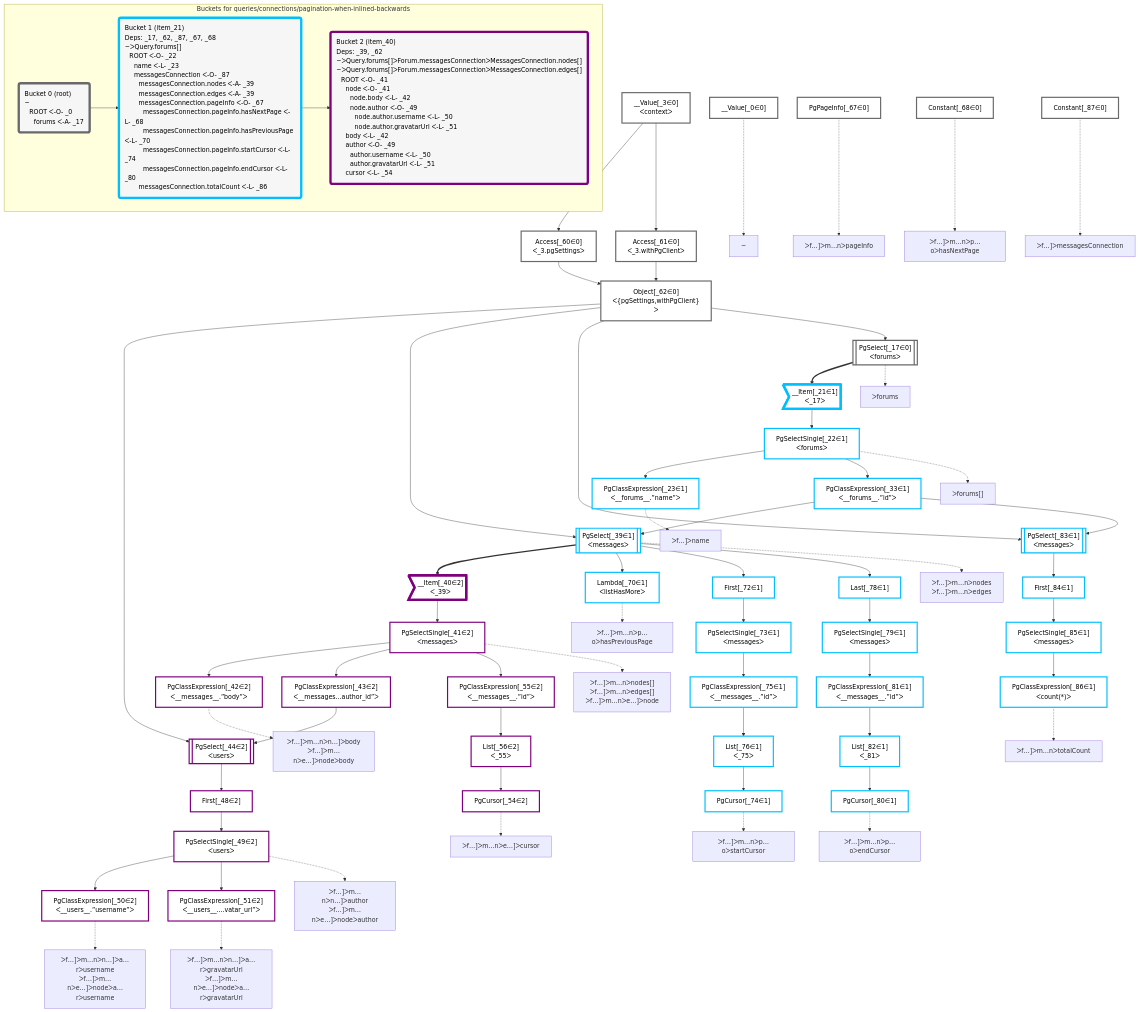
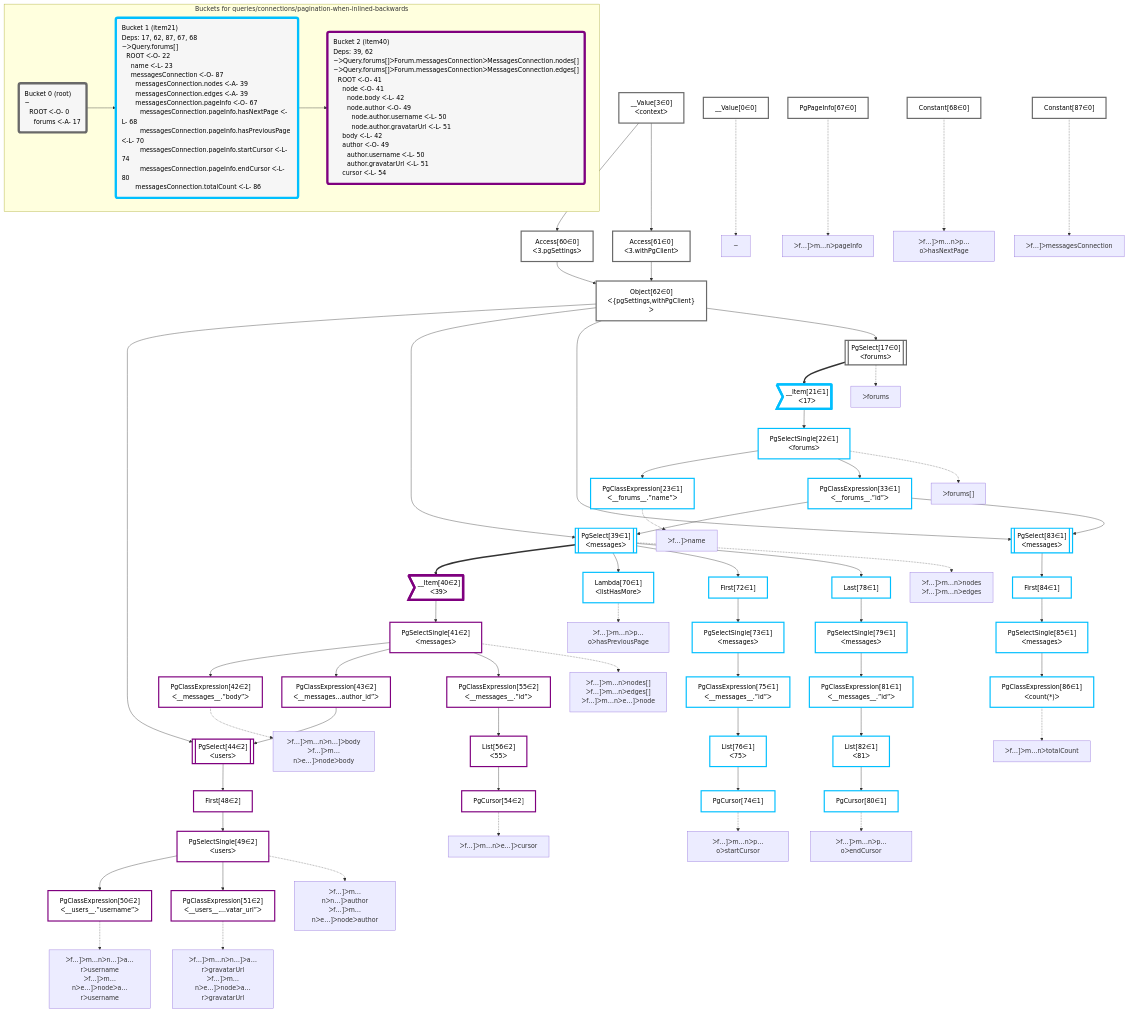
One commit to graphile/crystal changed the diagram in packages/dataplan-pg/__tests__/queries/connections/pagination-when-inlined-backwards.deopt.mermaid.md. Above: the diagram before and after it, drawn with Mermaid. The commit also changed 195 other files, not shown here.

```diff
--- a/packages/dataplan-pg/__tests__/queries/connections/pagination-when-inlined-backwards.deopt.mermaid.md
+++ b/packages/dataplan-pg/__tests__/queries/connections/pagination-when-inlined-backwards.deopt.mermaid.md
@@ -8,134 +8,134 @@
 
 
     %% define plans
-    __Value_0["__Value[_0∈0]"]:::plan
-    PgClassExpression_23["PgClassExpression[_23∈1]<br />ᐸ__forums__.”name”ᐳ"]:::plan
-    PgClassExpression_42["PgClassExpression[_42∈2]<br />ᐸ__messages__.”body”ᐳ"]:::plan
-    PgClassExpression_50["PgClassExpression[_50∈2]<br />ᐸ__users__.”username”ᐳ"]:::plan
-    PgClassExpression_51["PgClassExpression[_51∈2]<br />ᐸ__users__....vatar_url”ᐳ"]:::plan
-    PgSelectSingle_49["PgSelectSingle[_49∈2]<br />ᐸusersᐳ"]:::plan
-    First_48["First[_48∈2]"]:::plan
-    PgSelect_44[["PgSelect[_44∈2]<br />ᐸusersᐳ"]]:::plan
-    PgClassExpression_43["PgClassExpression[_43∈2]<br />ᐸ__messages...author_id”ᐳ"]:::plan
-    PgCursor_54["PgCursor[_54∈2]"]:::plan
-    List_56["List[_56∈2]<br />ᐸ_55ᐳ"]:::plan
-    PgClassExpression_55["PgClassExpression[_55∈2]<br />ᐸ__messages__.”id”ᐳ"]:::plan
-    PgSelectSingle_41["PgSelectSingle[_41∈2]<br />ᐸmessagesᐳ"]:::plan
-    __Item_40>"__Item[_40∈2]<br />ᐸ_39ᐳ"]:::itemplan
-    Lambda_70["Lambda[_70∈1]<br />ᐸlistHasMoreᐳ"]:::plan
-    PgCursor_74["PgCursor[_74∈1]"]:::plan
-    List_76["List[_76∈1]<br />ᐸ_75ᐳ"]:::plan
-    PgClassExpression_75["PgClassExpression[_75∈1]<br />ᐸ__messages__.”id”ᐳ"]:::plan
-    PgSelectSingle_73["PgSelectSingle[_73∈1]<br />ᐸmessagesᐳ"]:::plan
-    First_72["First[_72∈1]"]:::plan
-    PgCursor_80["PgCursor[_80∈1]"]:::plan
-    List_82["List[_82∈1]<br />ᐸ_81ᐳ"]:::plan
-    PgClassExpression_81["PgClassExpression[_81∈1]<br />ᐸ__messages__.”id”ᐳ"]:::plan
-    PgSelectSingle_79["PgSelectSingle[_79∈1]<br />ᐸmessagesᐳ"]:::plan
-    Last_78["Last[_78∈1]"]:::plan
-    PgSelect_39[["PgSelect[_39∈1]<br />ᐸmessagesᐳ"]]:::plan
-    PgClassExpression_86["PgClassExpression[_86∈1]<br />ᐸcount(*)ᐳ"]:::plan
-    PgSelectSingle_85["PgSelectSingle[_85∈1]<br />ᐸmessagesᐳ"]:::plan
-    First_84["First[_84∈1]"]:::plan
-    PgSelect_83[["PgSelect[_83∈1]<br />ᐸmessagesᐳ"]]:::plan
-    PgClassExpression_33["PgClassExpression[_33∈1]<br />ᐸ__forums__.”id”ᐳ"]:::plan
-    PgSelectSingle_22["PgSelectSingle[_22∈1]<br />ᐸforumsᐳ"]:::plan
-    __Item_21>"__Item[_21∈1]<br />ᐸ_17ᐳ"]:::itemplan
-    PgSelect_17[["PgSelect[_17∈0]<br />ᐸforumsᐳ"]]:::plan
-    Object_62["Object[_62∈0]<br />ᐸ{pgSettings,withPgClient}ᐳ"]:::plan
-    Access_60["Access[_60∈0]<br />ᐸ_3.pgSettingsᐳ"]:::plan
-    Access_61["Access[_61∈0]<br />ᐸ_3.withPgClientᐳ"]:::plan
-    __Value_3["__Value[_3∈0]<br />ᐸcontextᐳ"]:::plan
-    Constant_87["Constant[_87∈0]"]:::plan
-    PgPageInfo_67["PgPageInfo[_67∈0]"]:::plan
-    Constant_68["Constant[_68∈0]"]:::plan
+    __Value0["__Value[0∈0]"]:::plan
+    PgClassExpression23["PgClassExpression[23∈1]<br />ᐸ__forums__.”name”ᐳ"]:::plan
+    PgClassExpression42["PgClassExpression[42∈2]<br />ᐸ__messages__.”body”ᐳ"]:::plan
+    PgClassExpression50["PgClassExpression[50∈2]<br />ᐸ__users__.”username”ᐳ"]:::plan
+    PgClassExpression51["PgClassExpression[51∈2]<br />ᐸ__users__....vatar_url”ᐳ"]:::plan
+    PgSelectSingle49["PgSelectSingle[49∈2]<br />ᐸusersᐳ"]:::plan
+    First48["First[48∈2]"]:::plan
+    PgSelect44[["PgSelect[44∈2]<br />ᐸusersᐳ"]]:::plan
+    PgClassExpression43["PgClassExpression[43∈2]<br />ᐸ__messages...author_id”ᐳ"]:::plan
+    PgCursor54["PgCursor[54∈2]"]:::plan
+    List56["List[56∈2]<br />ᐸ55ᐳ"]:::plan
+    PgClassExpression55["PgClassExpression[55∈2]<br />ᐸ__messages__.”id”ᐳ"]:::plan
+    PgSelectSingle41["PgSelectSingle[41∈2]<br />ᐸmessagesᐳ"]:::plan
+    __Item40>"__Item[40∈2]<br />ᐸ39ᐳ"]:::itemplan
+    Lambda70["Lambda[70∈1]<br />ᐸlistHasMoreᐳ"]:::plan
+    PgCursor74["PgCursor[74∈1]"]:::plan
+    List76["List[76∈1]<br />ᐸ75ᐳ"]:::plan
+    PgClassExpression75["PgClassExpression[75∈1]<br />ᐸ__messages__.”id”ᐳ"]:::plan
+    PgSelectSingle73["PgSelectSingle[73∈1]<br />ᐸmessagesᐳ"]:::plan
+    First72["First[72∈1]"]:::plan
+    PgCursor80["PgCursor[80∈1]"]:::plan
+    List82["List[82∈1]<br />ᐸ81ᐳ"]:::plan
+    PgClassExpression81["PgClassExpression[81∈1]<br />ᐸ__messages__.”id”ᐳ"]:::plan
+    PgSelectSingle79["PgSelectSingle[79∈1]<br />ᐸmessagesᐳ"]:::plan
+    Last78["Last[78∈1]"]:::plan
+    PgSelect39[["PgSelect[39∈1]<br />ᐸmessagesᐳ"]]:::plan
+    PgClassExpression86["PgClassExpression[86∈1]<br />ᐸcount(*)ᐳ"]:::plan
+    PgSelectSingle85["PgSelectSingle[85∈1]<br />ᐸmessagesᐳ"]:::plan
+    First84["First[84∈1]"]:::plan
+    PgSelect83[["PgSelect[83∈1]<br />ᐸmessagesᐳ"]]:::plan
+    PgClassExpression33["PgClassExpression[33∈1]<br />ᐸ__forums__.”id”ᐳ"]:::plan
+    PgSelectSingle22["PgSelectSingle[22∈1]<br />ᐸforumsᐳ"]:::plan
+    __Item21>"__Item[21∈1]<br />ᐸ17ᐳ"]:::itemplan
+    PgSelect17[["PgSelect[17∈0]<br />ᐸforumsᐳ"]]:::plan
+    Object62["Object[62∈0]<br />ᐸ{pgSettings,withPgClient}ᐳ"]:::plan
+    Access60["Access[60∈0]<br />ᐸ3.pgSettingsᐳ"]:::plan
+    Access61["Access[61∈0]<br />ᐸ3.withPgClientᐳ"]:::plan
+    __Value3["__Value[3∈0]<br />ᐸcontextᐳ"]:::plan
+    Constant87["Constant[87∈0]"]:::plan
+    PgPageInfo67["PgPageInfo[67∈0]"]:::plan
+    Constant68["Constant[68∈0]"]:::plan
 
     %% plan dependencies
-    PgSelectSingle_22 --> PgClassExpression_23
-    PgSelectSingle_41 --> PgClassExpression_42
-    PgSelectSingle_49 --> PgClassExpression_50
-    PgSelectSingle_49 --> PgClassExpression_51
-    First_48 --> PgSelectSingle_49
-    PgSelect_44 --> First_48
-    Object_62 & PgClassExpression_43 --> PgSelect_44
-    PgSelectSingle_41 --> PgClassExpression_43
-    List_56 --> PgCursor_54
-    PgClassExpression_55 --> List_56
-    PgSelectSingle_41 --> PgClassExpression_55
-    __Item_40 --> PgSelectSingle_41
-    PgSelect_39 ==> __Item_40
-    PgSelect_39 --> Lambda_70
-    List_76 --> PgCursor_74
-    PgClassExpression_75 --> List_76
-    PgSelectSingle_73 --> PgClassExpression_75
-    First_72 --> PgSelectSingle_73
-    PgSelect_39 --> First_72
-    List_82 --> PgCursor_80
-    PgClassExpression_81 --> List_82
-    PgSelectSingle_79 --> PgClassExpression_81
-    Last_78 --> PgSelectSingle_79
-    PgSelect_39 --> Last_78
-    Object_62 & PgClassExpression_33 --> PgSelect_39
-    PgSelectSingle_85 --> PgClassExpression_86
-    First_84 --> PgSelectSingle_85
-    PgSelect_83 --> First_84
-    Object_62 & PgClassExpression_33 --> PgSelect_83
-    PgSelectSingle_22 --> PgClassExpression_33
-    __Item_21 --> PgSelectSingle_22
-    PgSelect_17 ==> __Item_21
-    Object_62 --> PgSelect_17
-    Access_60 & Access_61 --> Object_62
-    __Value_3 --> Access_60
-    __Value_3 --> Access_61
+    PgSelectSingle22 --> PgClassExpression23
+    PgSelectSingle41 --> PgClassExpression42
+    PgSelectSingle49 --> PgClassExpression50
+    PgSelectSingle49 --> PgClassExpression51
+    First48 --> PgSelectSingle49
+    PgSelect44 --> First48
+    Object62 & PgClassExpression43 --> PgSelect44
+    PgSelectSingle41 --> PgClassExpression43
+    List56 --> PgCursor54
+    PgClassExpression55 --> List56
+    PgSelectSingle41 --> PgClassExpression55
+    __Item40 --> PgSelectSingle41
+    PgSelect39 ==> __Item40
+    PgSelect39 --> Lambda70
+    List76 --> PgCursor74
+    PgClassExpression75 --> List76
+    PgSelectSingle73 --> PgClassExpression75
+    First72 --> PgSelectSingle73
+    PgSelect39 --> First72
+    List82 --> PgCursor80
+    PgClassExpression81 --> List82
+    PgSelectSingle79 --> PgClassExpression81
+    Last78 --> PgSelectSingle79
+    PgSelect39 --> Last78
+    Object62 & PgClassExpression33 --> PgSelect39
+    PgSelectSingle85 --> PgClassExpression86
+    First84 --> PgSelectSingle85
+    PgSelect83 --> First84
+    Object62 & PgClassExpression33 --> PgSelect83
+    PgSelectSingle22 --> PgClassExpression33
+    __Item21 --> PgSelectSingle22
+    PgSelect17 ==> __Item21
+    Object62 --> PgSelect17
+    Access60 & Access61 --> Object62
+    __Value3 --> Access60
+    __Value3 --> Access61
 
     %% plan-to-path relationships
-    P_0["~"]
-    __Value_0 -.-> P_0
-    P_17["ᐳforums"]
-    PgSelect_17 -.-> P_17
-    P_22["ᐳforums[]"]
-    PgSelectSingle_22 -.-> P_22
-    P_23["ᐳf…]ᐳname"]
-    PgClassExpression_23 -.-> P_23
-    P_39["ᐳf…]ᐳm…nᐳnodes<br />ᐳf…]ᐳm…nᐳedges"]
-    PgSelect_39 -.-> P_39
-    P_41["ᐳf…]ᐳm…nᐳnodes[]<br />ᐳf…]ᐳm…nᐳedges[]<br />ᐳf…]ᐳm…nᐳe…]ᐳnode"]
-    PgSelectSingle_41 -.-> P_41
-    P_42["ᐳf…]ᐳm…nᐳn…]ᐳbody<br />ᐳf…]ᐳm…nᐳe…]ᐳnodeᐳbody"]
-    PgClassExpression_42 -.-> P_42
-    P_49["ᐳf…]ᐳm…nᐳn…]ᐳauthor<br />ᐳf…]ᐳm…nᐳe…]ᐳnodeᐳauthor"]
-    PgSelectSingle_49 -.-> P_49
-    P_50["ᐳf…]ᐳm…nᐳn…]ᐳa…rᐳusername<br />ᐳf…]ᐳm…nᐳe…]ᐳnodeᐳa…rᐳusername"]
-    PgClassExpression_50 -.-> P_50
-    P_51["ᐳf…]ᐳm…nᐳn…]ᐳa…rᐳgravatarUrl<br />ᐳf…]ᐳm…nᐳe…]ᐳnodeᐳa…rᐳgravatarUrl"]
-    PgClassExpression_51 -.-> P_51
-    P_54["ᐳf…]ᐳm…nᐳe…]ᐳcursor"]
-    PgCursor_54 -.-> P_54
-    P_67["ᐳf…]ᐳm…nᐳpageInfo"]
-    PgPageInfo_67 -.-> P_67
-    P_68["ᐳf…]ᐳm…nᐳp…oᐳhasNextPage"]
-    Constant_68 -.-> P_68
-    P_70["ᐳf…]ᐳm…nᐳp…oᐳhasPreviousPage"]
-    Lambda_70 -.-> P_70
-    P_74["ᐳf…]ᐳm…nᐳp…oᐳstartCursor"]
-    PgCursor_74 -.-> P_74
-    P_80["ᐳf…]ᐳm…nᐳp…oᐳendCursor"]
-    PgCursor_80 -.-> P_80
-    P_86["ᐳf…]ᐳm…nᐳtotalCount"]
-    PgClassExpression_86 -.-> P_86
-    P_87["ᐳf…]ᐳmessagesConnection"]
-    Constant_87 -.-> P_87
+    P0["~"]
+    __Value0 -.-> P0
+    P17["ᐳforums"]
+    PgSelect17 -.-> P17
+    P22["ᐳforums[]"]
+    PgSelectSingle22 -.-> P22
+    P23["ᐳf…]ᐳname"]
+    PgClassExpression23 -.-> P23
+    P39["ᐳf…]ᐳm…nᐳnodes<br />ᐳf…]ᐳm…nᐳedges"]
+    PgSelect39 -.-> P39
+    P41["ᐳf…]ᐳm…nᐳnodes[]<br />ᐳf…]ᐳm…nᐳedges[]<br />ᐳf…]ᐳm…nᐳe…]ᐳnode"]
+    PgSelectSingle41 -.-> P41
+    P42["ᐳf…]ᐳm…nᐳn…]ᐳbody<br />ᐳf…]ᐳm…nᐳe…]ᐳnodeᐳbody"]
+    PgClassExpression42 -.-> P42
+    P49["ᐳf…]ᐳm…nᐳn…]ᐳauthor<br />ᐳf…]ᐳm…nᐳe…]ᐳnodeᐳauthor"]
+    PgSelectSingle49 -.-> P49
+    P50["ᐳf…]ᐳm…nᐳn…]ᐳa…rᐳusername<br />ᐳf…]ᐳm…nᐳe…]ᐳnodeᐳa…rᐳusername"]
+    PgClassExpression50 -.-> P50
+    P51["ᐳf…]ᐳm…nᐳn…]ᐳa…rᐳgravatarUrl<br />ᐳf…]ᐳm…nᐳe…]ᐳnodeᐳa…rᐳgravatarUrl"]
+    PgClassExpression51 -.-> P51
+    P54["ᐳf…]ᐳm…nᐳe…]ᐳcursor"]
+    PgCursor54 -.-> P54
+    P67["ᐳf…]ᐳm…nᐳpageInfo"]
+    PgPageInfo67 -.-> P67
+    P68["ᐳf…]ᐳm…nᐳp…oᐳhasNextPage"]
+    Constant68 -.-> P68
+    P70["ᐳf…]ᐳm…nᐳp…oᐳhasPreviousPage"]
+    Lambda70 -.-> P70
+    P74["ᐳf…]ᐳm…nᐳp…oᐳstartCursor"]
+    PgCursor74 -.-> P74
+    P80["ᐳf…]ᐳm…nᐳp…oᐳendCursor"]
+    PgCursor80 -.-> P80
+    P86["ᐳf…]ᐳm…nᐳtotalCount"]
+    PgClassExpression86 -.-> P86
+    P87["ᐳf…]ᐳmessagesConnection"]
+    Constant87 -.-> P87
 
     subgraph "Buckets for queries/connections/pagination-when-inlined-backwards"
-    Bucket0("Bucket 0 (root)<br />~<br />⠀ROOT ᐸ-O- _0<br />⠀⠀forums ᐸ-A- _17"):::bucket
+    Bucket0("Bucket 0 (root)<br />~<br />⠀ROOT ᐸ-O- 0<br />⠀⠀forums ᐸ-A- 17"):::bucket
     classDef bucket0 stroke:#696969
-    class Bucket0,__Value_0,__Value_3,PgSelect_17,Access_60,Access_61,Object_62,PgPageInfo_67,Constant_68,Constant_87 bucket0
-    Bucket1("Bucket 1 (item_21)<br />Deps: _17, _62, _87, _67, _68<br />~ᐳQuery.forums[]<br />⠀ROOT ᐸ-O- _22<br />⠀⠀name ᐸ-L- _23<br />⠀⠀messagesConnection ᐸ-O- _87<br />⠀⠀⠀messagesConnection.nodes ᐸ-A- _39<br />⠀⠀⠀messagesConnection.edges ᐸ-A- _39<br />⠀⠀⠀messagesConnection.pageInfo ᐸ-O- _67<br />⠀⠀⠀⠀messagesConnection.pageInfo.hasNextPage ᐸ-L- _68<br />⠀⠀⠀⠀messagesConnection.pageInfo.hasPreviousPage ᐸ-L- _70<br />⠀⠀⠀⠀messagesConnection.pageInfo.startCursor ᐸ-L- _74<br />⠀⠀⠀⠀messagesConnection.pageInfo.endCursor ᐸ-L- _80<br />⠀⠀⠀messagesConnection.totalCount ᐸ-L- _86"):::bucket
+    class Bucket0,__Value0,__Value3,PgSelect17,Access60,Access61,Object62,PgPageInfo67,Constant68,Constant87 bucket0
+    Bucket1("Bucket 1 (item21)<br />Deps: 17, 62, 87, 67, 68<br />~ᐳQuery.forums[]<br />⠀ROOT ᐸ-O- 22<br />⠀⠀name ᐸ-L- 23<br />⠀⠀messagesConnection ᐸ-O- 87<br />⠀⠀⠀messagesConnection.nodes ᐸ-A- 39<br />⠀⠀⠀messagesConnection.edges ᐸ-A- 39<br />⠀⠀⠀messagesConnection.pageInfo ᐸ-O- 67<br />⠀⠀⠀⠀messagesConnection.pageInfo.hasNextPage ᐸ-L- 68<br />⠀⠀⠀⠀messagesConnection.pageInfo.hasPreviousPage ᐸ-L- 70<br />⠀⠀⠀⠀messagesConnection.pageInfo.startCursor ᐸ-L- 74<br />⠀⠀⠀⠀messagesConnection.pageInfo.endCursor ᐸ-L- 80<br />⠀⠀⠀messagesConnection.totalCount ᐸ-L- 86"):::bucket
     classDef bucket1 stroke:#00bfff
-    class Bucket1,__Item_21,PgSelectSingle_22,PgClassExpression_23,PgClassExpression_33,PgSelect_39,Lambda_70,First_72,PgSelectSingle_73,PgCursor_74,PgClassExpression_75,List_76,Last_78,PgSelectSingle_79,PgCursor_80,PgClassExpression_81,List_82,PgSelect_83,First_84,PgSelectSingle_85,PgClassExpression_86 bucket1
-    Bucket2("Bucket 2 (item_40)<br />Deps: _39, _62<br />~ᐳQuery.forums[]ᐳForum.messagesConnectionᐳMessagesConnection.nodes[]<br />~ᐳQuery.forums[]ᐳForum.messagesConnectionᐳMessagesConnection.edges[]<br />⠀ROOT ᐸ-O- _41<br />⠀⠀node ᐸ-O- _41<br />⠀⠀⠀node.body ᐸ-L- _42<br />⠀⠀⠀node.author ᐸ-O- _49<br />⠀⠀⠀⠀node.author.username ᐸ-L- _50<br />⠀⠀⠀⠀node.author.gravatarUrl ᐸ-L- _51<br />⠀⠀body ᐸ-L- _42<br />⠀⠀author ᐸ-O- _49<br />⠀⠀⠀author.username ᐸ-L- _50<br />⠀⠀⠀author.gravatarUrl ᐸ-L- _51<br />⠀⠀cursor ᐸ-L- _54"):::bucket
+    class Bucket1,__Item21,PgSelectSingle22,PgClassExpression23,PgClassExpression33,PgSelect39,Lambda70,First72,PgSelectSingle73,PgCursor74,PgClassExpression75,List76,Last78,PgSelectSingle79,PgCursor80,PgClassExpression81,List82,PgSelect83,First84,PgSelectSingle85,PgClassExpression86 bucket1
+    Bucket2("Bucket 2 (item40)<br />Deps: 39, 62<br />~ᐳQuery.forums[]ᐳForum.messagesConnectionᐳMessagesConnection.nodes[]<br />~ᐳQuery.forums[]ᐳForum.messagesConnectionᐳMessagesConnection.edges[]<br />⠀ROOT ᐸ-O- 41<br />⠀⠀node ᐸ-O- 41<br />⠀⠀⠀node.body ᐸ-L- 42<br />⠀⠀⠀node.author ᐸ-O- 49<br />⠀⠀⠀⠀node.author.username ᐸ-L- 50<br />⠀⠀⠀⠀node.author.gravatarUrl ᐸ-L- 51<br />⠀⠀body ᐸ-L- 42<br />⠀⠀author ᐸ-O- 49<br />⠀⠀⠀author.username ᐸ-L- 50<br />⠀⠀⠀author.gravatarUrl ᐸ-L- 51<br />⠀⠀cursor ᐸ-L- 54"):::bucket
     classDef bucket2 stroke:#7f007f
-    class Bucket2,__Item_40,PgSelectSingle_41,PgClassExpression_42,PgClassExpression_43,PgSelect_44,First_48,PgSelectSingle_49,PgClassExpression_50,PgClassExpression_51,PgCursor_54,PgClassExpression_55,List_56 bucket2
+    class Bucket2,__Item40,PgSelectSingle41,PgClassExpression42,PgClassExpression43,PgSelect44,First48,PgSelectSingle49,PgClassExpression50,PgClassExpression51,PgCursor54,PgClassExpression55,List56 bucket2
     Bucket0 --> Bucket1
     Bucket1 --> Bucket2
     end
```
